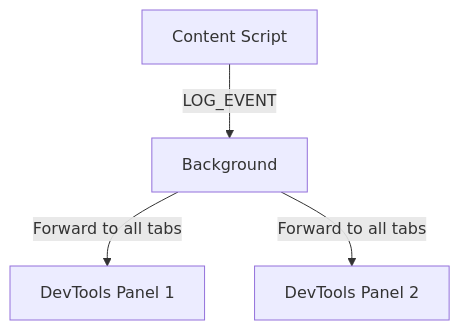
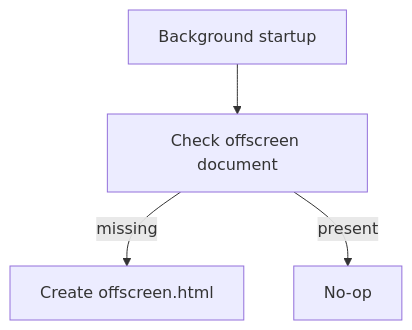
The second of 2 diagrams in agent-docs/05-design/03-modules/background-service.md (wuchuheng/web-sqlite-js-devtools), drawn with Mermaid before and after one commit. The commit also changed other lines of this file and 33 other files, not shown here.

````diff
--- a/agent-docs/05-design/03-modules/background-service.md
+++ b/agent-docs/05-design/03-modules/background-service.md
@@ -69,6 +51,6 @@
 ```mermaid
 flowchart TD
-    CS[Content Script] -->|LOG_EVENT| BG[Background]
-    BG -->|Forward to all tabs| P1[DevTools Panel 1]
-    BG -->|Forward to all tabs| P2[DevTools Panel 2]
+    BG[Background startup] --> OS[Check offscreen document]
+    OS -->|missing| Create[Create offscreen.html]
+    OS -->|present| Done[No-op]
 ```
````
